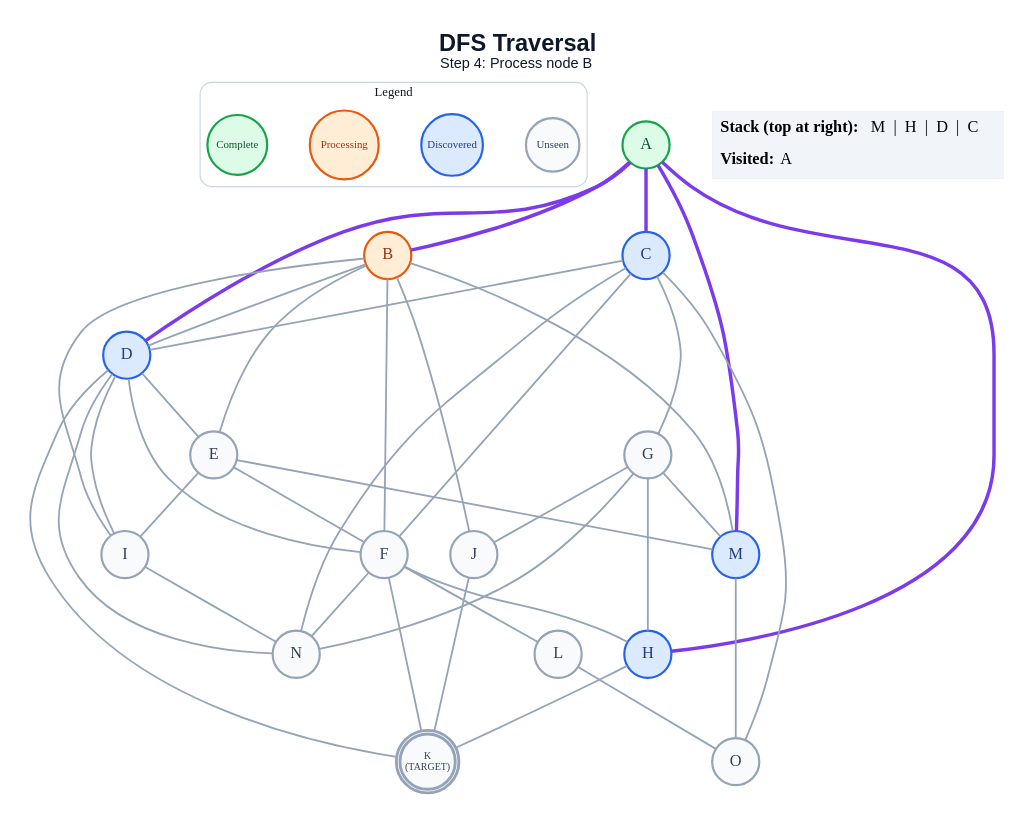
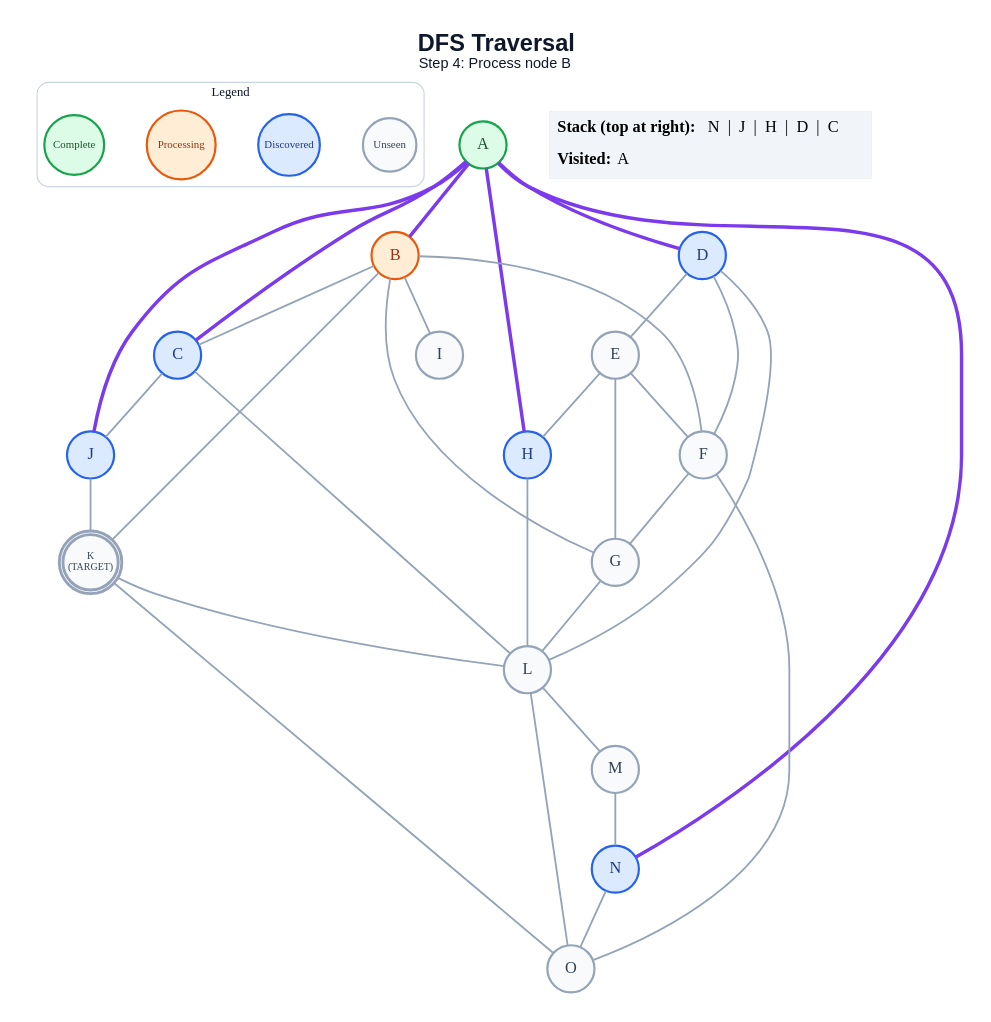
Before and after one commit to anon7238593-create/ai-slop: the diagram in generated/short-circuit/dfs/step_04.dot, drawn with Graphviz. The commit also changed 265 other files, not shown here.

```diff
--- a/generated/short-circuit/dfs/step_04.dot
+++ b/generated/short-circuit/dfs/step_04.dot
@@ -1,71 +1,64 @@
 graph traversal {
   graph [layout=dot, rankdir=TB, bgcolor="#FFFFFF", pad="0.35", nodesep="0.65", ranksep="0.8", fontname="Arial"];
   node [shape=circle, style="filled", fontname="Arial Bold", fontsize=18, width=0.72, fixedsize=true, penwidth=2.4];
   edge [color="#94A3B8", penwidth=2.0];
   label=<<B>DFS Traversal</B><BR/><FONT POINT-SIZE="16">Step 4: Process node B</FONT>>; labelloc="t"; fontsize=26; fontname="Arial"; fontcolor="#0F172A";
   subgraph cluster_legend { label="Legend"; color="#CBD5E1"; penwidth=1.2; style="rounded"; fontsize=14; fontname="Arial Bold";
     key_unseen [label="Unseen", fillcolor="#F8FAFC", color="#94A3B8", fontcolor="#334155", fontsize=12, width=0.82];
     key_frontier [label="Discovered", fillcolor="#DBEAFE", color="#2563EB", fontcolor="#1E3A8A", fontsize=12, width=0.95];
     key_current [label="Processing", fillcolor="#FFEDD5", color="#EA580C", fontcolor="#9A3412", fontsize=12, width=1.05];
     key_done [label="Complete", fillcolor="#DCFCE7", color="#16A34A", fontcolor="#14532D", fontsize=12, width=0.92];
     { rank=same; key_unseen; key_frontier; key_current; key_done; }
   }
   A [label="A", fillcolor="#DCFCE7", color="#16A34A", fontcolor="#14532D", peripheries=1, penwidth=2.4];
   B [label="B", fillcolor="#FFEDD5", color="#EA580C", fontcolor="#9A3412", peripheries=1, penwidth=2.4];
   C [label="C", fillcolor="#DBEAFE", color="#2563EB", fontcolor="#1E3A8A", peripheries=1, penwidth=2.4];
   D [label="D", fillcolor="#DBEAFE", color="#2563EB", fontcolor="#1E3A8A", peripheries=1, penwidth=2.4];
   E [label="E", fillcolor="#F8FAFC", color="#94A3B8", fontcolor="#334155", peripheries=1, penwidth=2.4];
   F [label="F", fillcolor="#F8FAFC", color="#94A3B8", fontcolor="#334155", peripheries=1, penwidth=2.4];
   G [label="G", fillcolor="#F8FAFC", color="#94A3B8", fontcolor="#334155", peripheries=1, penwidth=2.4];
   H [label="H", fillcolor="#DBEAFE", color="#2563EB", fontcolor="#1E3A8A", peripheries=1, penwidth=2.4];
   I [label="I", fillcolor="#F8FAFC", color="#94A3B8", fontcolor="#334155", peripheries=1, penwidth=2.4];
-  J [label="J", fillcolor="#F8FAFC", color="#94A3B8", fontcolor="#334155", peripheries=1, penwidth=2.4];
+  J [label="J", fillcolor="#DBEAFE", color="#2563EB", fontcolor="#1E3A8A", peripheries=1, penwidth=2.4];
   K [label="K\n(TARGET)", fillcolor="#F8FAFC", color="#94A3B8", fontcolor="#334155", peripheries=2, penwidth=3.2, fontsize=11, width=0.85, height=0.85];
   L [label="L", fillcolor="#F8FAFC", color="#94A3B8", fontcolor="#334155", peripheries=1, penwidth=2.4];
-  M [label="M", fillcolor="#DBEAFE", color="#2563EB", fontcolor="#1E3A8A", peripheries=1, penwidth=2.4];
-  N [label="N", fillcolor="#F8FAFC", color="#94A3B8", fontcolor="#334155", peripheries=1, penwidth=2.4];
+  M [label="M", fillcolor="#F8FAFC", color="#94A3B8", fontcolor="#334155", peripheries=1, penwidth=2.4];
+  N [label="N", fillcolor="#DBEAFE", color="#2563EB", fontcolor="#1E3A8A", peripheries=1, penwidth=2.4];
   O [label="O", fillcolor="#F8FAFC", color="#94A3B8", fontcolor="#334155", peripheries=1, penwidth=2.4];
   A -- B [color="#7C3AED", penwidth=3.8];
   A -- C [color="#7C3AED", penwidth=3.8];
   A -- D [color="#7C3AED", penwidth=3.8];
   A -- H [color="#7C3AED", penwidth=3.8];
-  A -- M [color="#7C3AED", penwidth=3.8];
-  B -- D;
-  B -- E;
+  A -- J [color="#7C3AED", penwidth=3.8];
+  A -- N [color="#7C3AED", penwidth=3.8];
+  B -- C;
   B -- F;
+  B -- G;
   B -- I;
-  B -- J;
-  B -- M;
-  C -- D;
-  C -- F;
-  C -- G;
-  C -- N;
-  C -- O;
+  B -- K;
+  C -- J;
+  C -- L;
   D -- E;
   D -- F;
-  D -- I;
-  D -- K;
-  D -- N;
+  D -- L;
   E -- F;
-  E -- I;
-  E -- M;
-  F -- H;
-  F -- K;
-  F -- L;
-  F -- N;
-  G -- H;
-  G -- J;
-  G -- M;
-  G -- N;
-  H -- K;
-  I -- N;
+  E -- G;
+  E -- H;
+  F -- G;
+  F -- O;
+  G -- L;
+  H -- L;
   J -- K;
+  K -- L;
+  K -- O;
+  L -- M;
   L -- O;
-  M -- O;
+  M -- N;
+  N -- O;
   status [shape=plain, fixedsize=false, width=0, height=0, margin=0, label=<
     <TABLE BORDER="0" CELLBORDER="0" CELLPADDING="7" BGCOLOR="#F1F5F9">
-      <TR><TD ALIGN="LEFT"><B>Stack (top at right):</B> M  |  H  |  D  |  C</TD></TR>
+      <TR><TD ALIGN="LEFT"><B>Stack (top at right):</B> N  |  J  |  H  |  D  |  C</TD></TR>
       <TR><TD ALIGN="LEFT"><B>Visited:</B> A</TD></TR>
     </TABLE>
   >];
 }
```
